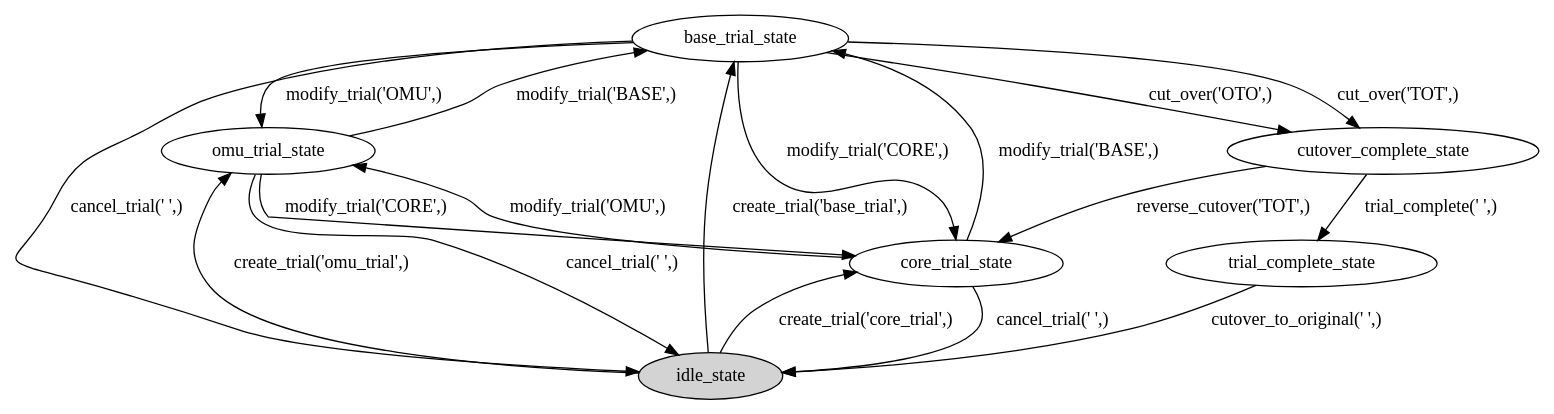
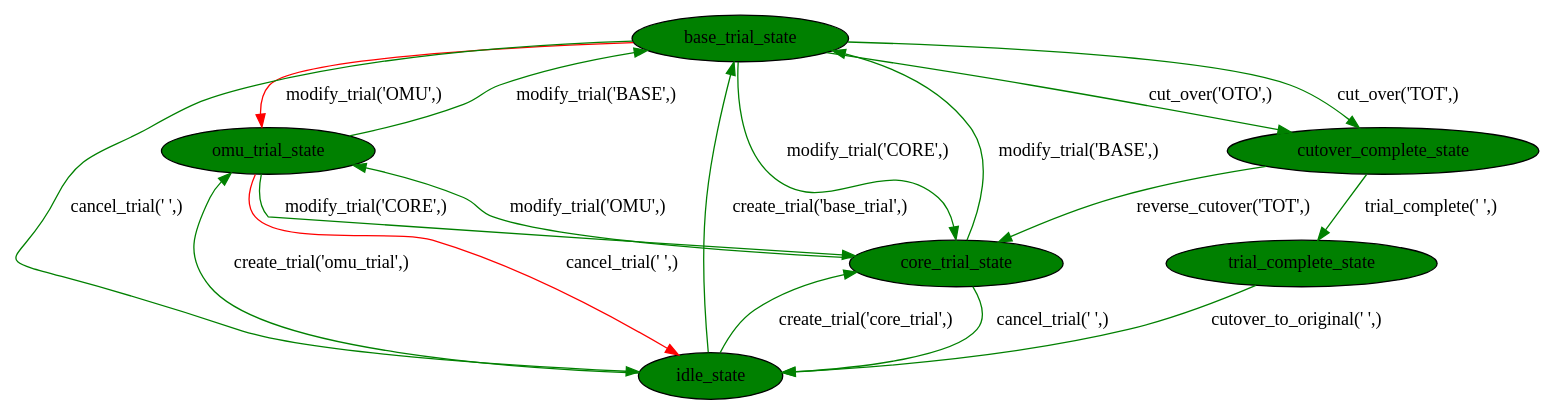
One commit to blueenergy/robogenerator changed the diagram in src/robogenerator/example/TrialService/trial_state_machine.dot. Above: the diagram before and after it, drawn with Graphviz. The commit also changed 1 other file, not shown here.

```diff
--- a/src/robogenerator/example/TrialService/trial_state_machine.dot
+++ b/src/robogenerator/example/TrialService/trial_state_machine.dot
@@ -1,29 +1,29 @@
 digraph trial_state_machine {
 
   // Nodes
-  base_trial_state [ style=filled, shape=ellipse, peripheries=1, fillcolor=white ]
-  omu_trial_state [ style=filled, shape=ellipse, peripheries=1, fillcolor=white ]
-  idle_state [ style=filled, shape=ellipse, peripheries=1, fillcolor=lightgray ]
-  core_trial_state [ style=filled, shape=ellipse, peripheries=1, fillcolor=white ]
-  trial_complete_state [ style=filled, shape=ellipse, peripheries=1, fillcolor=white ]
-  cutover_complete_state [ style=filled, shape=ellipse, peripheries=1, fillcolor=white ]
+  base_trial_state [ style=filled, shape=ellipse, peripheries=1, fillcolor=green ]
+  omu_trial_state [ style=filled, shape=ellipse, peripheries=1, fillcolor=green ]
+  idle_state [ style=filled, shape=ellipse, peripheries=1, fillcolor=green ]
+  core_trial_state [ style=filled, shape=ellipse, peripheries=1, fillcolor=green ]
+  trial_complete_state [ style=filled, shape=ellipse, peripheries=1, fillcolor=green ]
+  cutover_complete_state [ style=filled, shape=ellipse, peripheries=1, fillcolor=green ]
 
   // Transitions
-  idle_state -> omu_trial_state [ label="create_trial('omu_trial',)", tooltip="create_trial('omu_trial',)",color="black"]
-  idle_state -> core_trial_state [ label="create_trial('core_trial',)", tooltip="create_trial('core_trial',)",color="black"]
-  idle_state -> base_trial_state [ label="create_trial('base_trial',)", tooltip="create_trial('base_trial',)",color="black"]
-  omu_trial_state -> core_trial_state [ label="modify_trial('CORE',)", tooltip="modify_trial('CORE',)",color="black"]
-  omu_trial_state -> base_trial_state [ label="modify_trial('BASE',)", tooltip="modify_trial('BASE',)",color="black"]
-  omu_trial_state -> idle_state [ label="cancel_trial(' ',)", tooltip="cancel_trial(' ',)",color="black"]
-  core_trial_state -> omu_trial_state [ label="modify_trial('OMU',)", tooltip="modify_trial('OMU',)",color="black"]
-  core_trial_state -> base_trial_state [ label="modify_trial('BASE',)", tooltip="modify_trial('BASE',)",color="black"]
-  core_trial_state -> idle_state [ label="cancel_trial(' ',)", tooltip="cancel_trial(' ',)",color="black"]
-  base_trial_state -> omu_trial_state [ label="modify_trial('OMU',)", tooltip="modify_trial('OMU',)",color="black"]
-  base_trial_state -> core_trial_state [ label="modify_trial('CORE',)", tooltip="modify_trial('CORE',)",color="black"]
-  base_trial_state -> idle_state [ label="cancel_trial(' ',)", tooltip="cancel_trial(' ',)",color="black"]
-  base_trial_state -> cutover_complete_state [ label="cut_over('OTO',)", tooltip="cut_over('OTO',)",color="black"]
-  base_trial_state -> cutover_complete_state [ label="cut_over('TOT',)", tooltip="cut_over('TOT',)",color="black"]
-  cutover_complete_state -> trial_complete_state [ label="trial_complete(' ',)", tooltip="trial_complete(' ',)",color="black"]
-  cutover_complete_state -> core_trial_state [ label="reverse_cutover('TOT',)", tooltip="reverse_cutover('TOT',)",color="black"]
-  trial_complete_state -> idle_state [ label="cutover_to_original(' ',)", tooltip="cutover_to_original(' ',)",color="black"]
+  idle_state -> omu_trial_state [ label="create_trial('omu_trial',)", tooltip="create_trial('omu_trial',)",color="green"]
+  idle_state -> core_trial_state [ label="create_trial('core_trial',)", tooltip="create_trial('core_trial',)",color="green"]
+  idle_state -> base_trial_state [ label="create_trial('base_trial',)", tooltip="create_trial('base_trial',)",color="green"]
+  omu_trial_state -> core_trial_state [ label="modify_trial('CORE',)", tooltip="modify_trial('CORE',)",color="green"]
+  omu_trial_state -> base_trial_state [ label="modify_trial('BASE',)", tooltip="modify_trial('BASE',)",color="green"]
+  omu_trial_state -> idle_state [ label="cancel_trial(' ',)", tooltip="cancel_trial(' ',)",color="red"]
+  core_trial_state -> omu_trial_state [ label="modify_trial('OMU',)", tooltip="modify_trial('OMU',)",color="green"]
+  core_trial_state -> base_trial_state [ label="modify_trial('BASE',)", tooltip="modify_trial('BASE',)",color="green"]
+  core_trial_state -> idle_state [ label="cancel_trial(' ',)", tooltip="cancel_trial(' ',)",color="green"]
+  base_trial_state -> omu_trial_state [ label="modify_trial('OMU',)", tooltip="modify_trial('OMU',)",color="red"]
+  base_trial_state -> core_trial_state [ label="modify_trial('CORE',)", tooltip="modify_trial('CORE',)",color="green"]
+  base_trial_state -> idle_state [ label="cancel_trial(' ',)", tooltip="cancel_trial(' ',)",color="green"]
+  base_trial_state -> cutover_complete_state [ label="cut_over('OTO',)", tooltip="cut_over('OTO',)",color="green"]
+  base_trial_state -> cutover_complete_state [ label="cut_over('TOT',)", tooltip="cut_over('TOT',)",color="green"]
+  cutover_complete_state -> trial_complete_state [ label="trial_complete(' ',)", tooltip="trial_complete(' ',)",color="green"]
+  cutover_complete_state -> core_trial_state [ label="reverse_cutover('TOT',)", tooltip="reverse_cutover('TOT',)",color="green"]
+  trial_complete_state -> idle_state [ label="cutover_to_original(' ',)", tooltip="cutover_to_original(' ',)",color="green"]
 }
```
